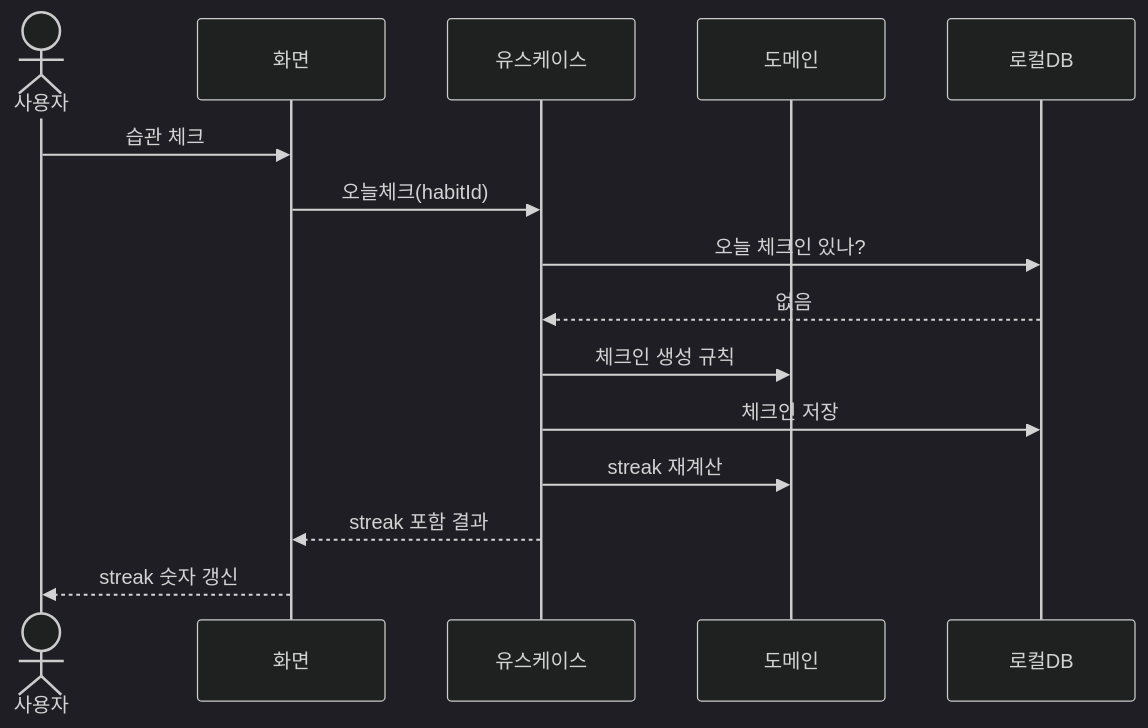
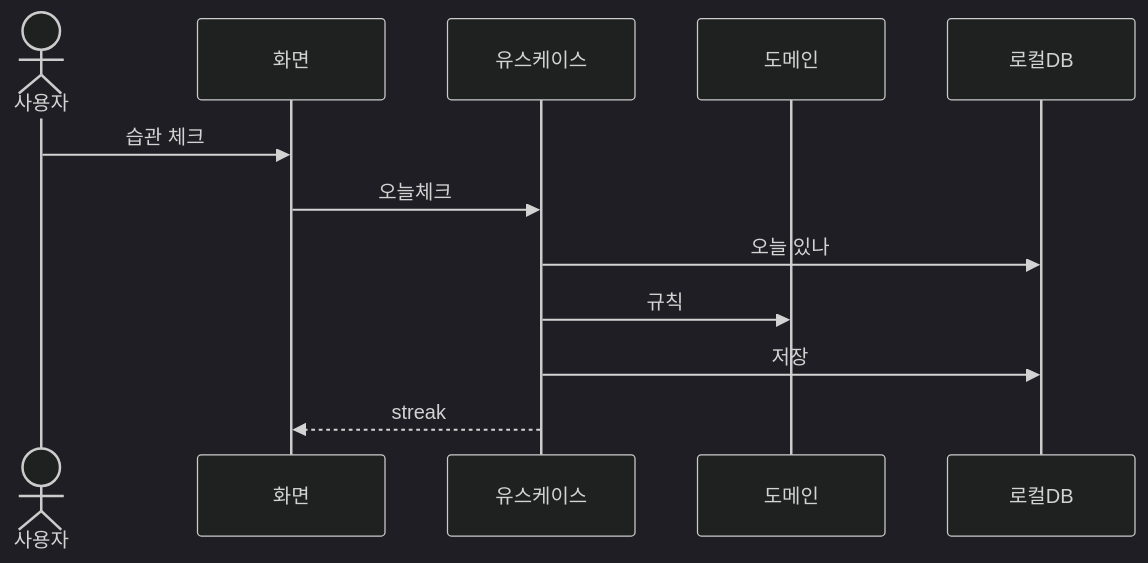
The second of 2 diagrams in demo-docs/DEV-30-구조명세서.md (jeseokmun/dev-docs-rules), drawn with Mermaid (dark theme) before and after one commit. The commit also changed other lines of this file and 56 other files, not shown here.

````diff
--- a/demo-docs/DEV-30-구조명세서.md
+++ b/demo-docs/DEV-30-구조명세서.md
@@ -51,17 +57,14 @@
 ```mermaid
 sequenceDiagram
   actor 사용자
   participant 화면
   participant 유스케이스
   participant 도메인
   participant 로컬DB
   사용자->>화면: 습관 체크
-  화면->>유스케이스: 오늘체크(habitId)
-  유스케이스->>로컬DB: 오늘 체크인 있나?
-  로컬DB-->>유스케이스: 없음
-  유스케이스->>도메인: 체크인 생성 규칙
-  유스케이스->>로컬DB: 체크인 저장
-  유스케이스->>도메인: streak 재계산
-  유스케이스-->>화면: streak 포함 결과
-  화면-->>사용자: streak 숫자 갱신
+  화면->>유스케이스: 오늘체크
+  유스케이스->>로컬DB: 오늘 있나
+  유스케이스->>도메인: 규칙
+  유스케이스->>로컬DB: 저장
+  유스케이스-->>화면: streak
 ```
````
